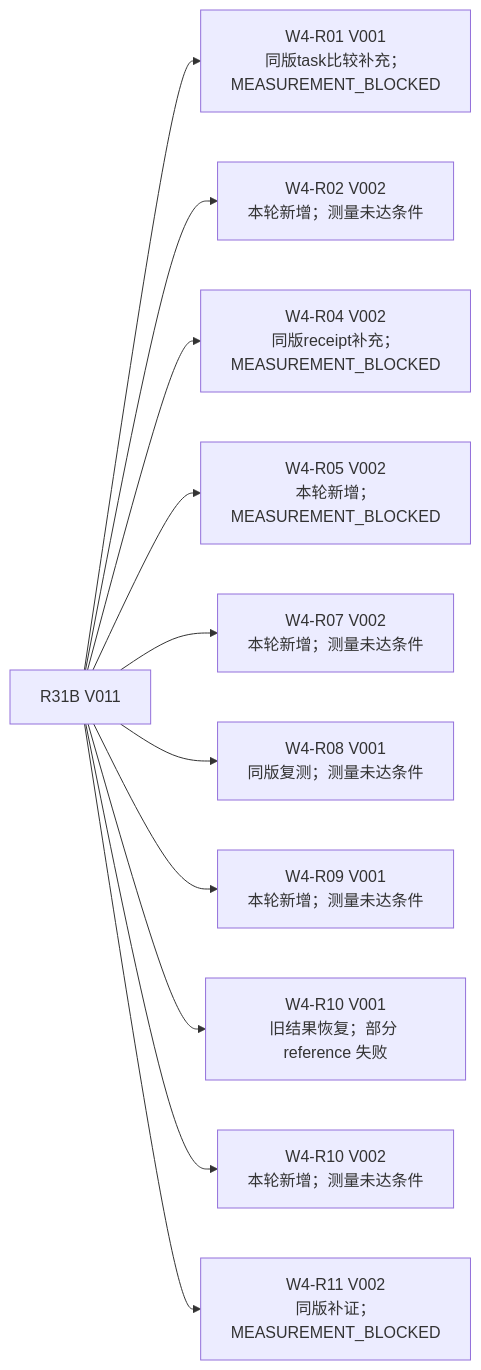
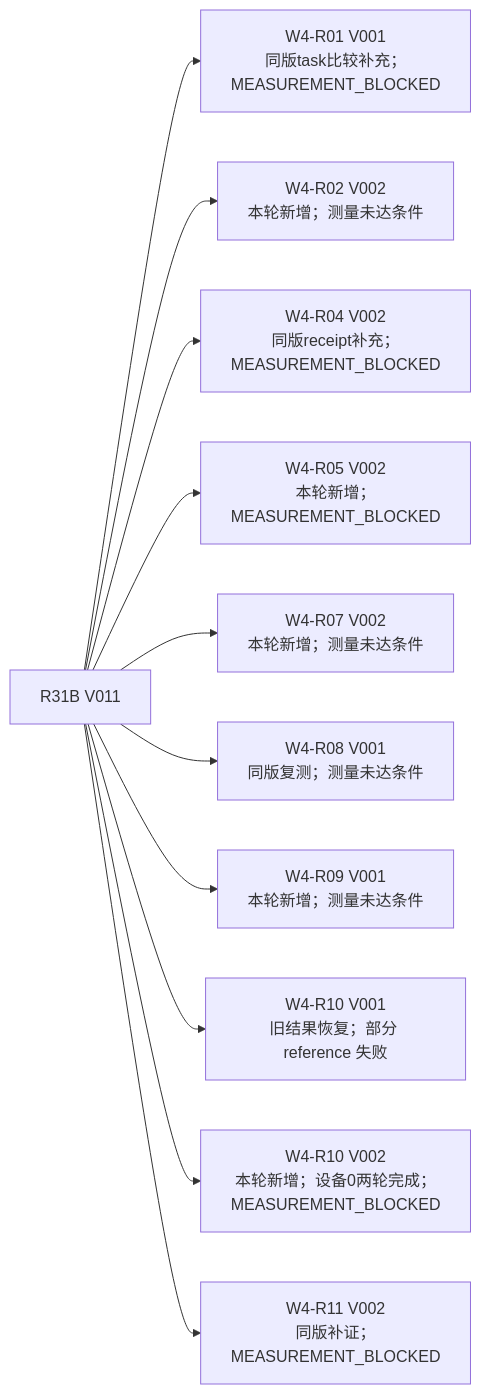
Before and after one commit to sxyq/CANN: the first of 4 diagrams in 技术路线/技术路线图.md, drawn with Mermaid. The commit also changed other lines of this file and 3 other files, not shown here.

````diff
--- a/技术路线/技术路线图.md
+++ b/技术路线/技术路线图.md
@@ -41,14 +41,14 @@
 ```mermaid
 flowchart LR
   p["R31B V011"]
   p --> r01["W4-R01 V001<br/>同版task比较补充；MEASUREMENT_BLOCKED"]
   p --> r02["W4-R02 V002<br/>本轮新增；测量未达条件"]
   p --> r04["W4-R04 V002<br/>同版receipt补充；MEASUREMENT_BLOCKED"]
   p --> r05["W4-R05 V002<br/>本轮新增；MEASUREMENT_BLOCKED"]
   p --> r07["W4-R07 V002<br/>本轮新增；测量未达条件"]
   p --> r08["W4-R08 V001<br/>同版复测；测量未达条件"]
   p --> r09["W4-R09 V001<br/>本轮新增；测量未达条件"]
   p --> r10["W4-R10 V001<br/>旧结果恢复；部分 reference 失败"]
-  p --> r10v2["W4-R10 V002<br/>本轮新增；测量未达条件"]
+  p --> r10v2["W4-R10 V002<br/>本轮新增；设备0两轮完成；MEASUREMENT_BLOCKED"]
   p --> r11["W4-R11 V002<br/>同版补证；MEASUREMENT_BLOCKED"]
 ```
````
